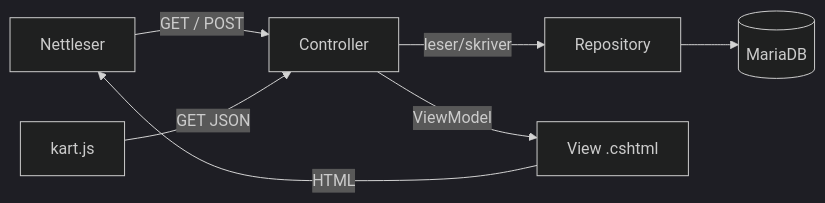
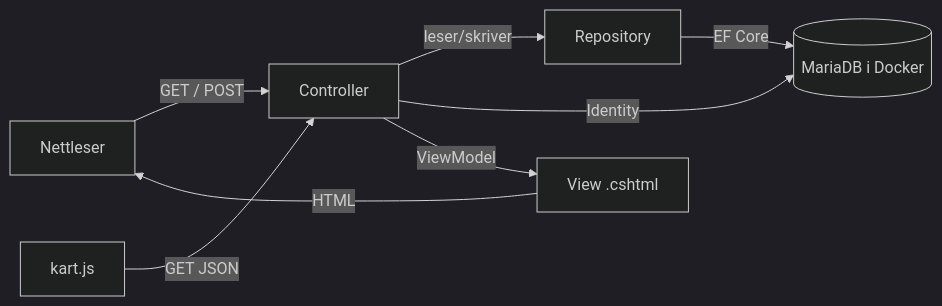
The diagram in README.md (thilomoi05/Prosjekt_host_1), drawn with Mermaid (dark theme) before and after one commit. The commit also changed other lines of this file and 1 other file, not shown here.

````diff
--- a/README.md
+++ b/README.md
@@ -70,9 +81,10 @@
 ```mermaid
 flowchart LR
     B[Nettleser] -->|GET / POST| C[Controller]
     C -->|leser/skriver| R[Repository]
-    R --> D[(MariaDB)] 
+    R -->|EF Core| D[(MariaDB i Docker)]
+    C -->|Identity| D
     C -->|ViewModel| V[View .cshtml]
     V -->|HTML| B
     K[kart.js] -->|GET JSON| C
 ```
````
